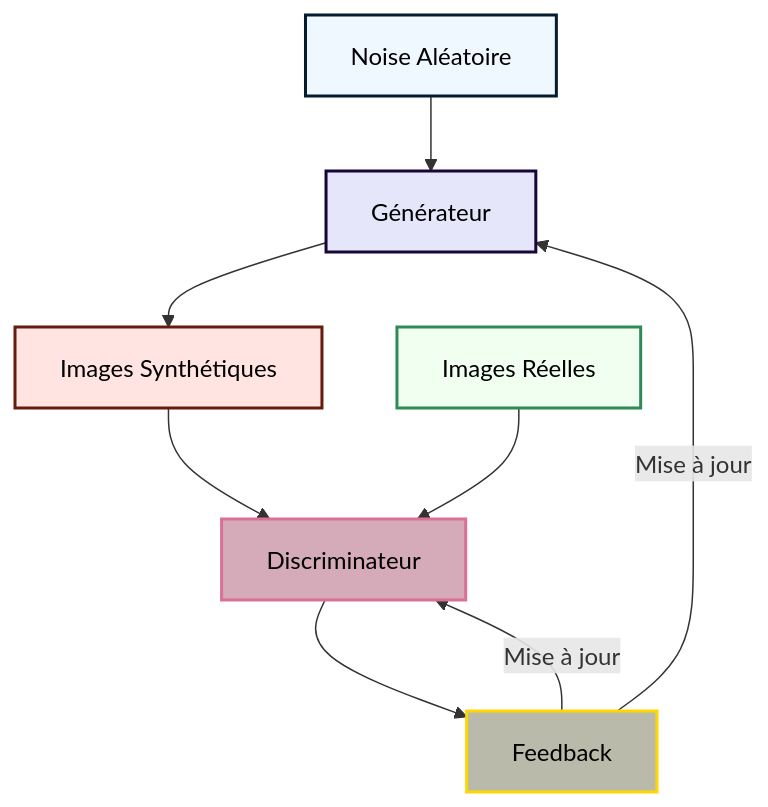
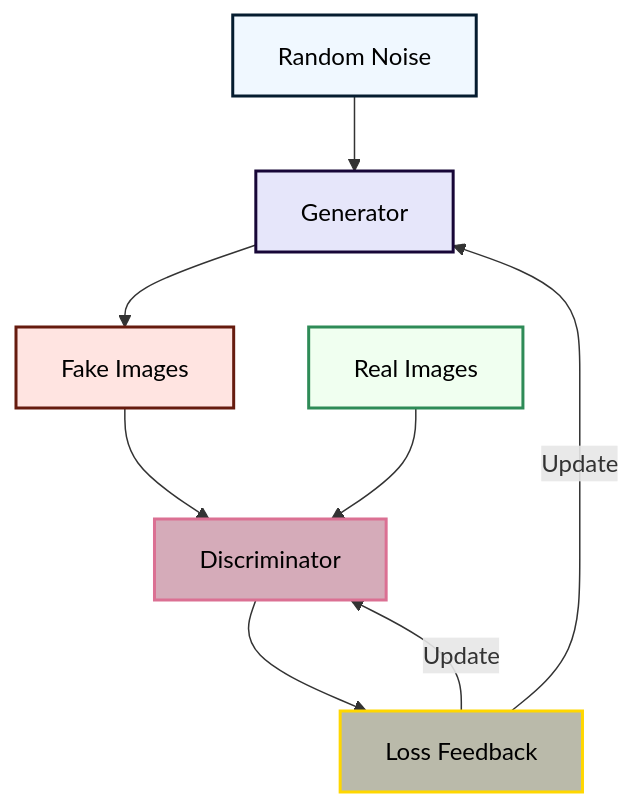
Before and after one commit to Siamsell/medical-image-gan: the diagram in README.md, drawn with Mermaid.

Commit message:
README.md

````diff
--- a/README.md
+++ b/README.md
@@ -17,17 +17,16 @@
 ```mermaid
 graph TD
-    A[Noise Aléatoire]:::noise --> B[Générateur]:::generator
-    B --> C[Images Synthétiques]:::fake
-    D[Images Réelles]:::real --> E[Discriminateur]:::discriminator
+    A[Random Noise]:::noise --> B[Generator]:::generator
+    B --> C[Fake Images]:::fake
+    D[Real Images]:::real --> E[Discriminator]:::discriminator
     C --> E
-    E --> F[Feedback]:::loss
-    F -->|Mise à jour| B
-    F -->|Mise à jour| E
-    
+    E --> F[Loss Feedback]:::loss
+    F -->|Update| B
+    F -->|Update| E
     classDef noise fill:#F0F8FF,stroke:#051C2F,stroke-width:2px,color:black
     classDef generator fill:#E6E6FA,stroke:#170637,stroke-width:2px,color:black
     classDef fake fill:#FFE4E1,stroke:#661B0E,stroke-width:2px,color:black
     classDef real fill:#F0FFF0,stroke:#2E8B57,stroke-width:2px,color:black
     classDef discriminator fill:#D5ABB9,stroke:#DB7093,stroke-width:2px,color:black
     classDef loss fill:#BABAAA,stroke:#FFD700,stroke-width:2px,color:black
 ```
````
